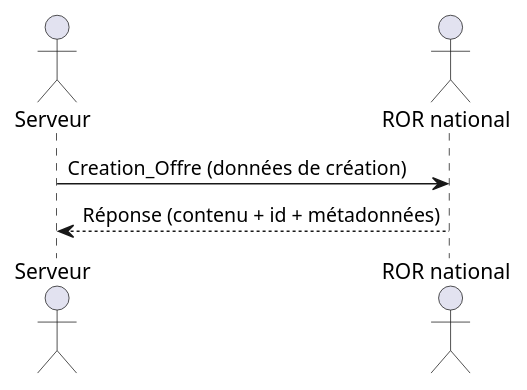
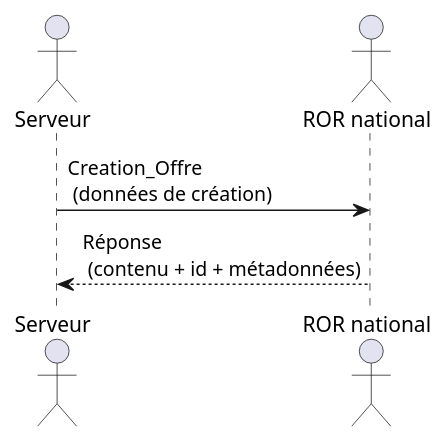
Before and after one commit to ansforge/IG-fhir-repertoire-offre-ressources-sante: the diagram in input/images-source/saisie_offre.plantuml, drawn with PlantUML. The commit also changed 15 other files, not shown here.

Commit message:
Harmonisation schémas SF en plantuml

```diff
--- a/input/images-source/saisie_offre.plantuml
+++ b/input/images-source/saisie_offre.plantuml
@@ -1,6 +1,6 @@
 @startuml saisie_offre
 actor Serveur
 actor "ROR national" as ROR
-Serveur -> ROR : Creation_Offre (données de création)
-ROR --> Serveur : Réponse (contenu + id + métadonnées)
+Serveur -> ROR : Creation_Offre \n (données de création)
+ROR --> Serveur : Réponse \n (contenu + id + métadonnées)
 @enduml
```
